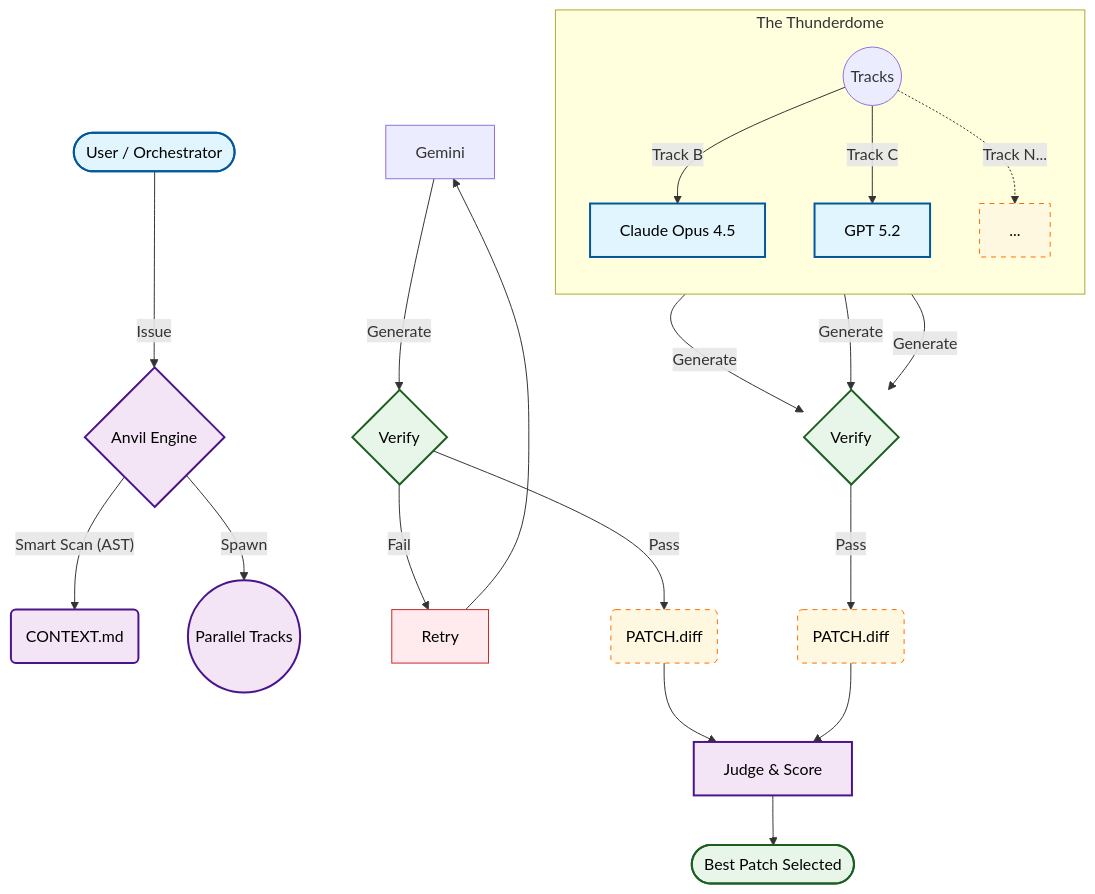
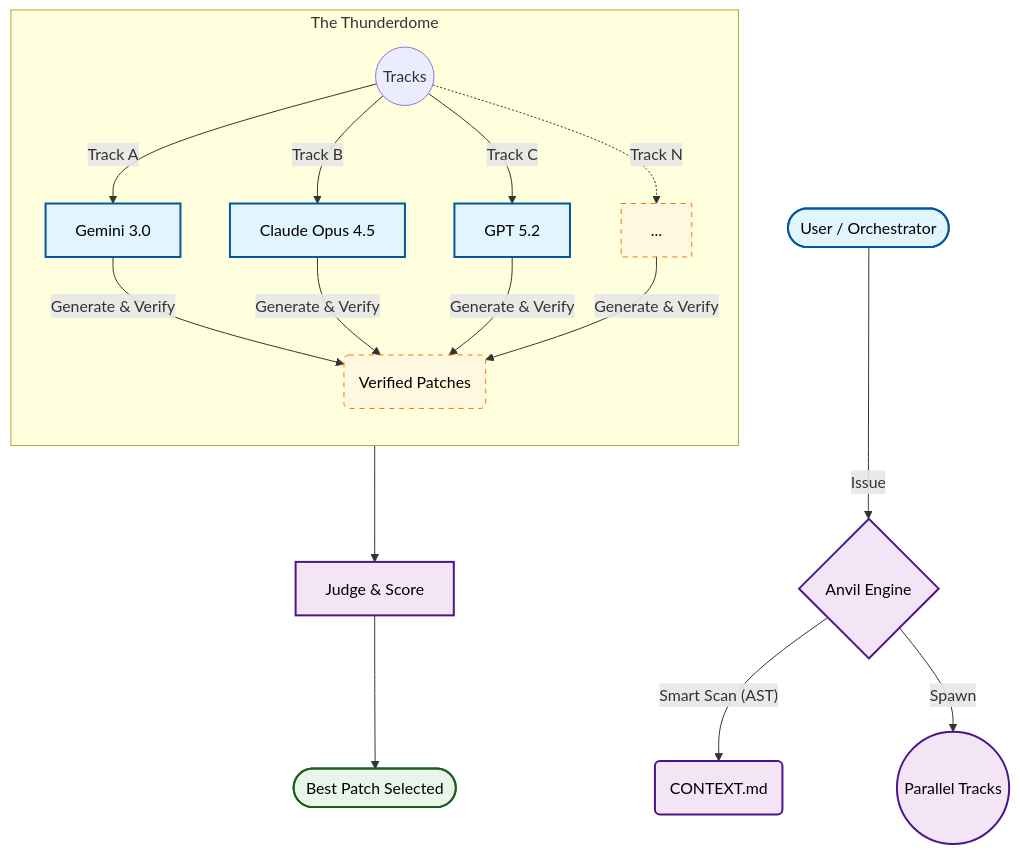
One commit to grahama1970/anvil changed the diagram in README.md. Above: the diagram before and after it, drawn with Mermaid.

Commit message:
docs: clean up chaotic mermaid chart layout

````diff
--- a/README.md
+++ b/README.md
@@ -50,44 +50,46 @@
 ```mermaid
 flowchart TD
     %% Nodes
     User(["User / Orchestrator"])
     Anvil{"Anvil Engine"}
     Context("CONTEXT.md")
     Judge["Judge & Score"]
     Winner(["Best Patch Selected"])
     Dispatcher(("Tracks"))
 
     %% Styles
     classDef actor fill:#e1f5fe,stroke:#01579b,stroke-width:2px,color:#000
     classDef process fill:#f3e5f5,stroke:#4a148c,stroke-width:2px,color:#000
     classDef file fill:#fff8e1,stroke:#ff6f00,stroke-width:1px,stroke-dasharray: 5 5,color:#000
     classDef decision fill:#e8f5e9,stroke:#1b5e20,stroke-width:2px,color:#000
     classDef fail fill:#ffebee,stroke:#c62828,stroke-width:1px,color:#000
 
     %% Main Flow
     User:::actor -->|"Issue"| Anvil:::process
     Anvil -->|"Smart Scan (AST)"| Context("CONTEXT.md"):::process
     Anvil -->|"Spawn"| Tracks(("Parallel Tracks")):::process
 
-    subgraph Worktrees ["The Thunderdome"]
+    subgraph Thunderdome ["The Thunderdome"]
         direction TB
-        style Worktrees text-align:left
-        Dispatcher -->|"Track B"| Claude["Claude Opus 4.5"]:::actor
-        Dispatcher -->|"Track C"| GPT["GPT 5.2"]:::actor
-        Dispatcher -.->|"Track N..."| More["..."]:::file
+        style Thunderdome text-align:left
+
+        %% Track Definitions
+        Gemini["Gemini 3.0"]:::actor
+        Claude["Claude Opus 4.5"]:::actor
+        GPT["GPT 5.2"]:::actor
+        More["..."]:::file
+
+        %% The "Run"
+        Dispatcher -->|"Track A"| Gemini
+        Dispatcher -->|"Track B"| Claude
+        Dispatcher -->|"Track C"| GPT
+        Dispatcher -.->|"Track N"| More
+
+        %% Verification Loop (Conceptual)
+        Gemini & Claude & GPT & More -->|"Generate & Verify"| Patches("Verified Patches"):::file
     end
 
-    %% Track A Cycle
-    Gemini -->|"Generate"| VerifyG{"Verify"}:::decision
-    VerifyG -->|"Fail"| RetryG["Retry"]:::fail
-    RetryG --> Gemini
-    VerifyG -->|"Pass"| PatchG("PATCH.diff"):::file
-
-    %% Track B Cycle
-    Claude & GPT & More -->|"Generate"| VerifyC{"Verify"}:::decision
-    VerifyC -->|"Pass"| PatchC("PATCH.diff"):::file
-
-    %% Merging
-    PatchG & PatchC --> Judge:::process
+    %% Final Selection
+    Patches --> Judge:::process
     Judge --> Winner:::decision
 ```
````
